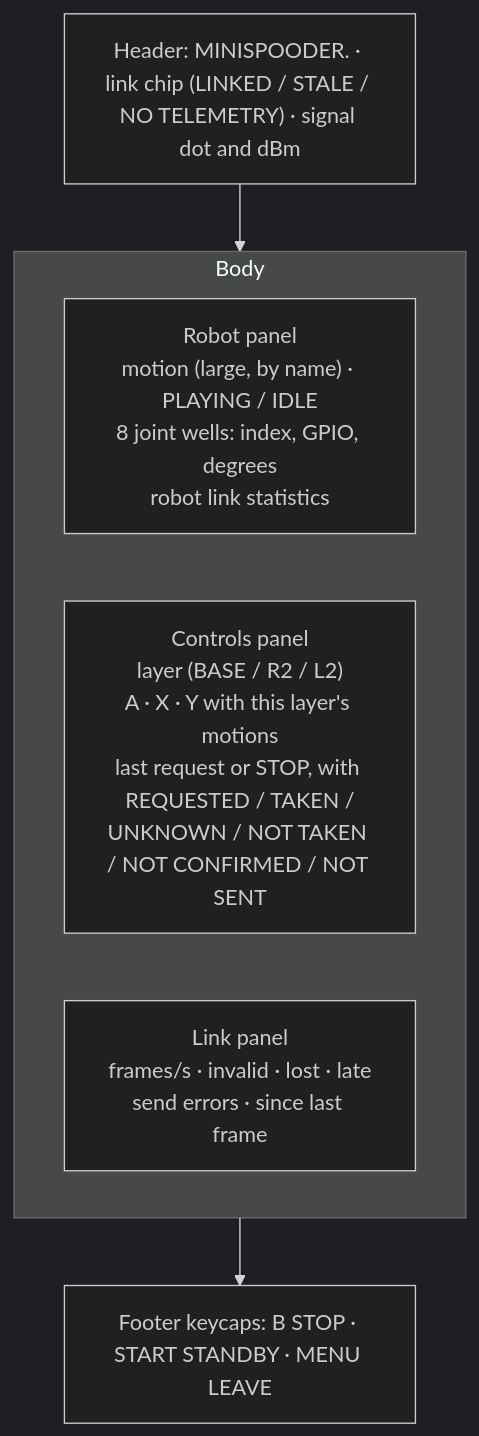
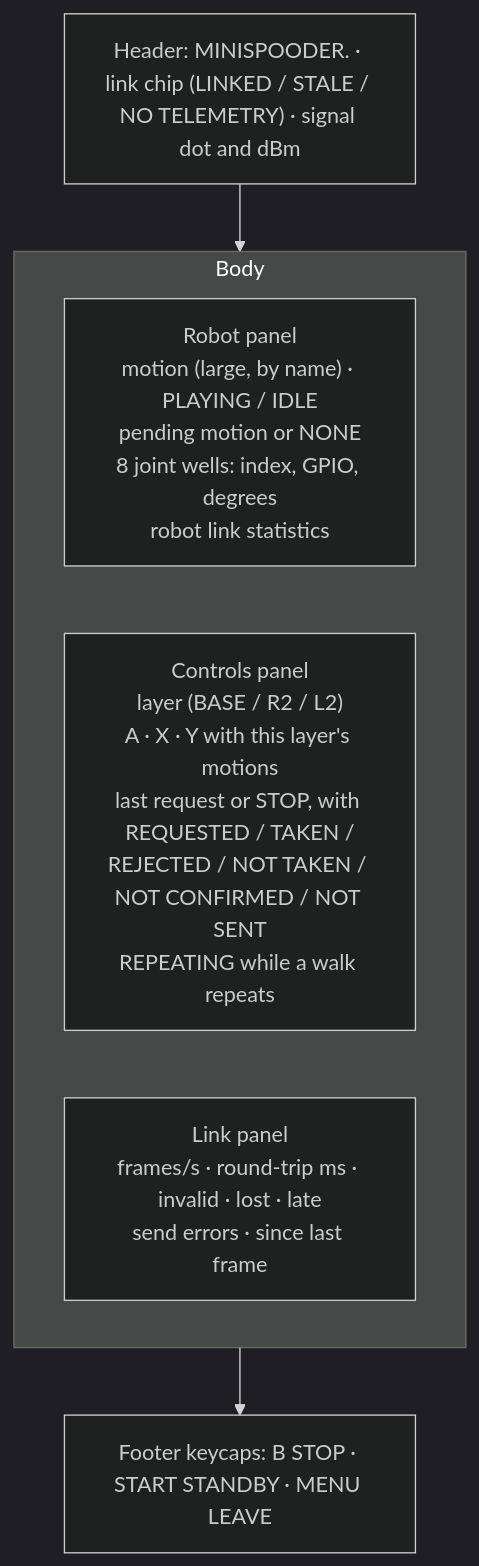
The third of 3 diagrams in openspec/changes/handheld-pak/design.md (blackfyre/mini-spooder), drawn with Mermaid (dark theme) before and after one commit. The commit also changed other lines of this file and 3 other files, not shown here.

````diff
--- a/openspec/changes/handheld-pak/design.md
+++ b/openspec/changes/handheld-pak/design.md
@@ -117,12 +120,12 @@
 ```mermaid
 flowchart TB
   H["Header: MINISPOODER. · link chip (LINKED / STALE / NO TELEMETRY) · signal dot and dBm"]
   subgraph Body
     direction LR
-    R["Robot panel<br/>motion (large, by name) · PLAYING / IDLE<br/>8 joint wells: index, GPIO, degrees<br/>robot link statistics"]
-    C["Controls panel<br/>layer (BASE / R2 / L2)<br/>A · X · Y with this layer's motions<br/>last request or STOP, with REQUESTED / TAKEN /<br/>UNKNOWN / NOT TAKEN / NOT CONFIRMED / NOT SENT"]
-    L["Link panel<br/>frames/s · invalid · lost · late<br/>send errors · since last frame"]
+    R["Robot panel<br/>motion (large, by name) · PLAYING / IDLE<br/>pending motion or NONE<br/>8 joint wells: index, GPIO, degrees<br/>robot link statistics"]
+    C["Controls panel<br/>layer (BASE / R2 / L2)<br/>A · X · Y with this layer's motions<br/>last request or STOP, with REQUESTED / TAKEN /<br/>REJECTED / NOT TAKEN / NOT CONFIRMED / NOT SENT<br/>REPEATING while a walk repeats"]
+    L["Link panel<br/>frames/s · round-trip ms · invalid · lost · late<br/>send errors · since last frame"]
   end
   F["Footer keycaps: B STOP · START STANDBY · MENU LEAVE"]
   H --> Body --> F
 ```
````
